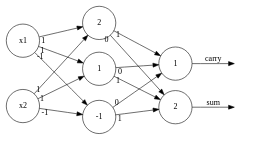
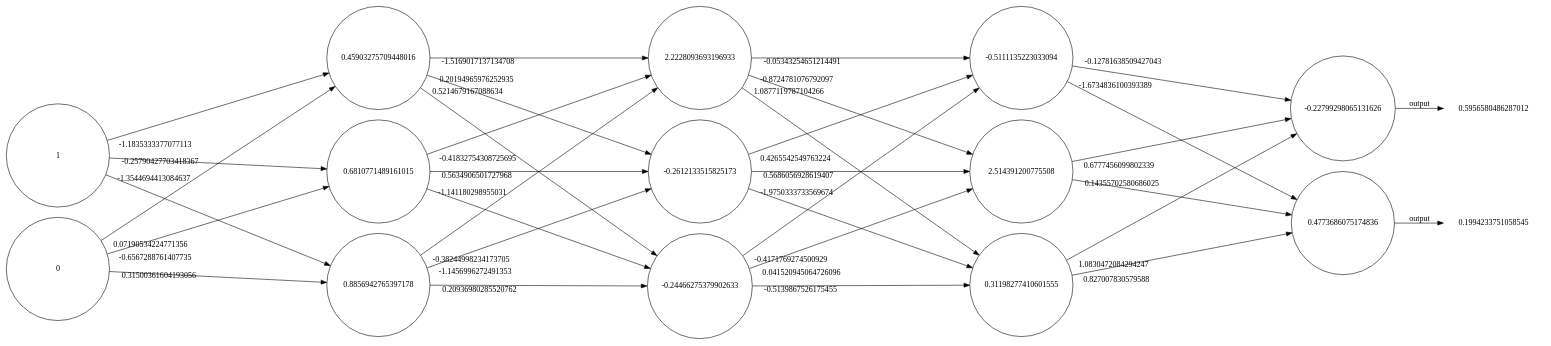
The diagram in graphviz_renders/perceptron.gv (Finnyy012/MachineLearning), drawn with Graphviz before and after one commit. The commit also changed 4 other files, not shown here.

```diff
--- a/graphviz_renders/perceptron.gv
+++ b/graphviz_renders/perceptron.gv
@@ -1,26 +1,50 @@
 digraph perceptron {
 	graph [layout=dot rankdir=LR splines=line]
-	0 [label=x1 fontname=Consolas shape=circle width=.8]
-	0 -> 2 [minlen=2 taillabel=" 1"]
-	0 -> 3 [minlen=2 taillabel=" 1"]
-	0 -> 4 [minlen=2 taillabel=" -1"]
-	1 [label=x2 fontname=Consolas shape=circle width=.8]
-	1 -> 2 [minlen=2 taillabel=" 1"]
-	1 -> 3 [minlen=2 taillabel=" 1"]
-	1 -> 4 [minlen=2 taillabel=" -1"]
-	2 [label=2 fontname=Consolas shape=circle width=.8]
-	2 -> 5 [minlen=2 taillabel=" 1"]
-	2 -> 6 [minlen=2 taillabel=" 0"]
-	3 [label=1 fontname=Consolas shape=circle width=.8]
-	3 -> 5 [minlen=2 taillabel=" 0"]
-	3 -> 6 [minlen=2 taillabel=" 1"]
-	4 [label=-1 fontname=Consolas shape=circle width=.8]
-	4 -> 5 [minlen=2 taillabel=" 0"]
-	4 -> 6 [minlen=2 taillabel=" 1"]
-	5 [label=1 fontname=Consolas shape=circle width=.8]
-	-1 [label=" " shape=none]
-	5 -> -1 [label=carry]
-	6 [label=2 fontname=Consolas shape=circle width=.8]
-	-2 [label=" " shape=none]
-	6 -> -2 [label=sum]
+	0 [label=1 fontname=Consolas shape=circle width=2.5]
+	0 -> 2 [minlen=10 taillabel=" -1.3544694413084637"]
+	0 -> 3 [minlen=10 taillabel=" -1.1835333377077113"]
+	0 -> 4 [minlen=10 taillabel=" -0.25790427703418367"]
+	1 [label=0 fontname=Consolas shape=circle width=2.5]
+	1 -> 2 [minlen=10 taillabel=" 0.31500361604193056"]
+	1 -> 3 [minlen=10 taillabel=" 0.07190534224771356"]
+	1 -> 4 [minlen=10 taillabel=" -0.6567288761407735"]
+	2 [label=0.8856942765397178 fontname=Consolas shape=circle width=2.5]
+	2 -> 5 [minlen=10 taillabel=" -0.38244998234173705"]
+	2 -> 6 [minlen=10 taillabel=" 0.20936980285520762"]
+	2 -> 7 [minlen=10 taillabel=" -1.1456996272491353"]
+	3 [label=0.45903275709448016 fontname=Consolas shape=circle width=2.5]
+	3 -> 5 [minlen=10 taillabel=" -1.5169017137134708"]
+	3 -> 6 [minlen=10 taillabel=" 0.5214679167088634"]
+	3 -> 7 [minlen=10 taillabel=" 0.20194965976252935"]
+	4 [label=0.6810771489161015 fontname=Consolas shape=circle width=2.5]
+	4 -> 5 [minlen=10 taillabel=" -0.41832754308725695"]
+	4 -> 6 [minlen=10 taillabel=" -1.141180298955031"]
+	4 -> 7 [minlen=10 taillabel=" 0.5634906501727968"]
+	5 [label=2.2228093693196933 fontname=Consolas shape=circle width=2.5]
+	5 -> 8 [minlen=10 taillabel=" 1.0877119787104266"]
+	5 -> 9 [minlen=10 taillabel=" -0.05343254651214491"]
+	5 -> 10 [minlen=10 taillabel=" -0.8724781076792097"]
+	6 [label=-0.24466275379902633 fontname=Consolas shape=circle width=2.5]
+	6 -> 8 [minlen=10 taillabel=" -0.5139867526175455"]
+	6 -> 9 [minlen=10 taillabel=" -0.4171769274500929"]
+	6 -> 10 [minlen=10 taillabel=" 0.041520945064726096"]
+	7 [label=-0.2612133515825173 fontname=Consolas shape=circle width=2.5]
+	7 -> 8 [minlen=10 taillabel=" -1.9750333733569674"]
+	7 -> 9 [minlen=10 taillabel=" 0.4265542549763224"]
+	7 -> 10 [minlen=10 taillabel=" 0.5686056928619407"]
+	8 [label=0.31198277410601555 fontname=Consolas shape=circle width=2.5]
+	8 -> 11 [minlen=10 taillabel=" 1.0830472084294247"]
+	8 -> 12 [minlen=10 taillabel=" 0.827007830579588"]
+	9 [label=-0.5111135223033094 fontname=Consolas shape=circle width=2.5]
+	9 -> 11 [minlen=10 taillabel=" -0.12781638509427043"]
+	9 -> 12 [minlen=10 taillabel=" -1.6734836100393389"]
+	10 [label=2.514391200775508 fontname=Consolas shape=circle width=2.5]
+	10 -> 11 [minlen=10 taillabel=" 0.6777456099802339"]
+	10 -> 12 [minlen=10 taillabel=" 0.14355702580686025"]
+	11 [label=-0.22799298065131626 fontname=Consolas shape=circle width=2.5]
+	-1 [label=0.5956580486287012 shape=none]
+	11 -> -1 [label=output]
+	12 [label=0.4773686075174836 fontname=Consolas shape=circle width=2.5]
+	-2 [label=0.1994233751058545 shape=none]
+	12 -> -2 [label=output]
 }
```
